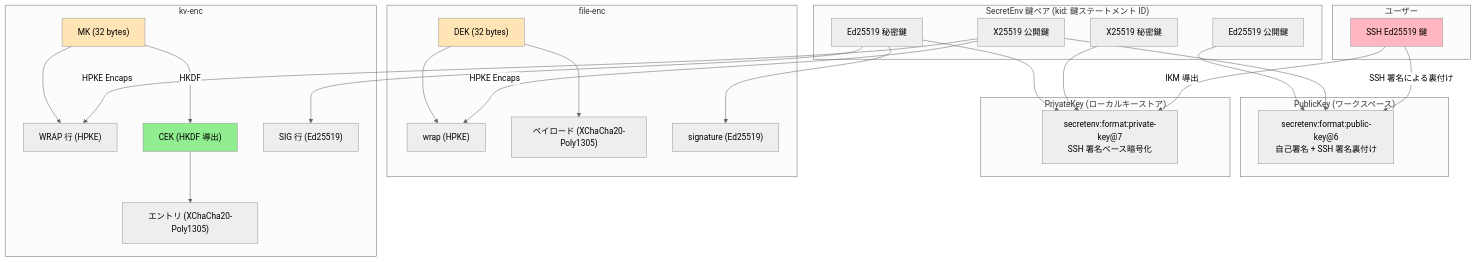
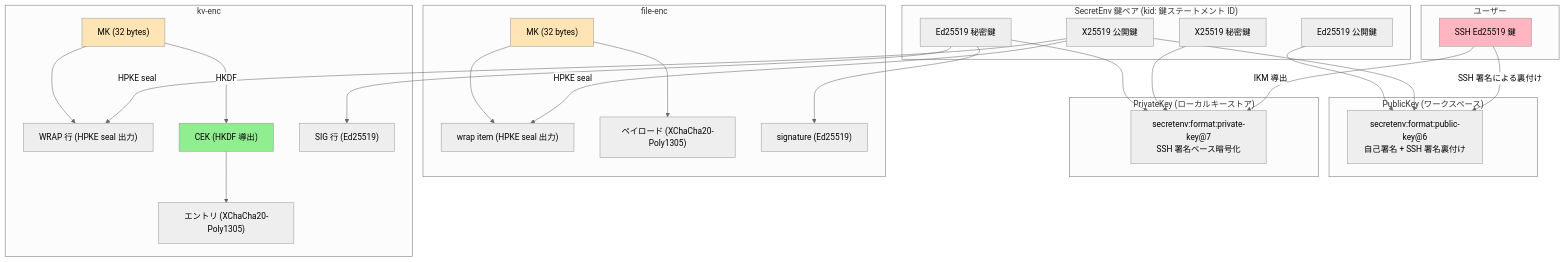
The sixth of 6 diagrams in guides/security_design_ja.md (ebisawa/kapsaro), drawn with Mermaid (neutral theme) before and after one commit. The commit also changed other lines of this file and 271 other files, not shown here.

````diff
--- a/guides/security_design_ja.md
+++ b/guides/security_design_ja.md
@@ -1628,59 +1588,59 @@
 ```mermaid
 graph TB
     subgraph user["ユーザー"]
         SSH["SSH Ed25519 鍵"]
     end
 
     subgraph secretenv_keys["SecretEnv 鍵ペア (kid: 鍵ステートメント ID)"]
         KEM_PK["X25519 公開鍵"]
         KEM_SK["X25519 秘密鍵"]
         SIG_PK["Ed25519 公開鍵"]
         SIG_SK["Ed25519 秘密鍵"]
     end
 
     subgraph public_key["PublicKey (ワークスペース)"]
         PK_DOC["secretenv:format:public-key@6<br/>自己署名 + SSH 署名裏付け"]
     end
 
     subgraph private_key["PrivateKey (ローカルキーストア)"]
         PK_ENC["secretenv:format:private-key@7<br/>SSH 署名ベース暗号化"]
     end
 
     subgraph file_enc["file-enc"]
-        DEK["DEK (32 bytes)"]
-        FILE_WRAP["wrap (HPKE)"]
+        FILE_MK["MK (32 bytes)"]
+        FILE_WRAP["wrap item (HPKE seal 出力)"]
         FILE_PAYLOAD["ペイロード (XChaCha20-Poly1305)"]
         FILE_SIG["signature (Ed25519)"]
     end
 
     subgraph kv_enc["kv-enc"]
         MK["MK (32 bytes)"]
-        KV_WRAP["WRAP 行 (HPKE)"]
+        KV_WRAP["WRAP 行 (HPKE seal 出力)"]
         CEK["CEK (HKDF 導出)"]
         ENTRY["エントリ (XChaCha20-Poly1305)"]
         KV_SIG["SIG 行 (Ed25519)"]
     end
 
     SSH -->|SSH 署名による裏付け| PK_DOC
     SSH -->|IKM 導出| PK_ENC
     KEM_PK --> PK_DOC
     SIG_PK --> PK_DOC
     KEM_SK --> PK_ENC
     SIG_SK --> PK_ENC
 
-    KEM_PK -->|HPKE Encaps| FILE_WRAP
-    KEM_PK -->|HPKE Encaps| KV_WRAP
-    DEK --> FILE_WRAP
-    DEK --> FILE_PAYLOAD
+    KEM_PK -->|HPKE seal| FILE_WRAP
+    KEM_PK -->|HPKE seal| KV_WRAP
+    FILE_MK --> FILE_WRAP
+    FILE_MK --> FILE_PAYLOAD
     SIG_SK --> FILE_SIG
 
     MK --> KV_WRAP
     MK -->|HKDF| CEK
     CEK --> ENTRY
     SIG_SK --> KV_SIG
 
     style SSH fill:#FFB6C1
-    style DEK fill:#FFE4B5
+    style FILE_MK fill:#FFE4B5
     style MK fill:#FFE4B5
     style CEK fill:#90EE90
 ```
````
